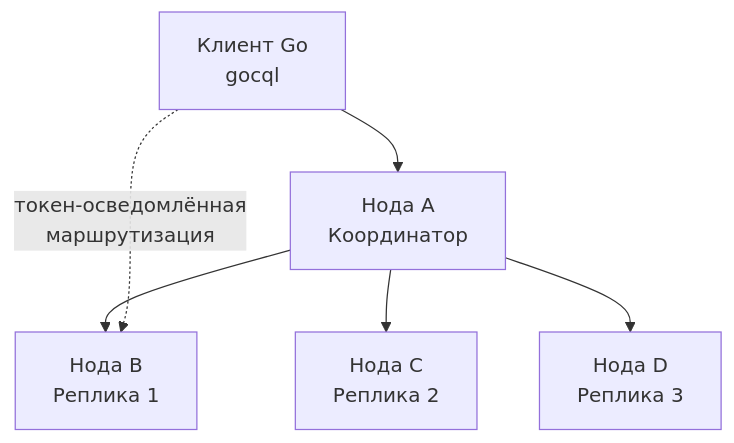
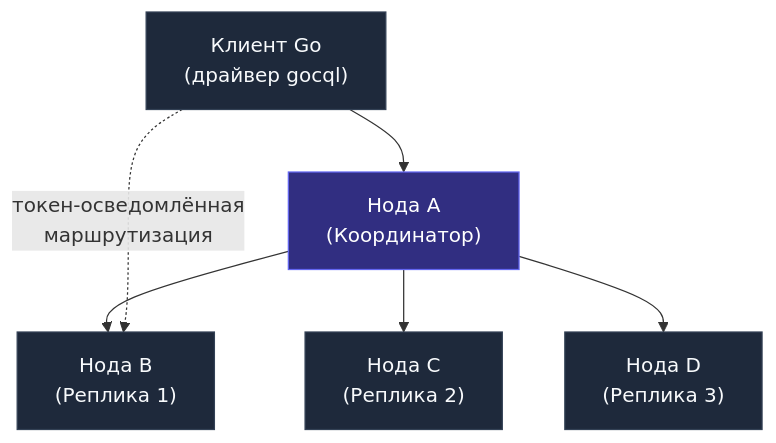
Before and after one commit to UnrealTemplier/go-textbook: the first of 2 diagrams in sources/12. Базы данных/09. NoSQL базы/9. Column базы. Cassandra.md, drawn with Mermaid. The commit also changed other lines of this file, not shown here.

````diff
--- a/sources/12. Базы данных/09. NoSQL базы/9. Column базы. Cassandra.md
+++ b/sources/12. Базы данных/09. NoSQL базы/9. Column базы. Cassandra.md
@@ -37,8 +44,12 @@
 ```mermaid
 flowchart TD
-    Client["Клиент Go<br>gocql"] --> Node1["Нода A<br>Координатор"]
-    Node1 --> Node2["Нода B<br>Реплика 1"]
-    Node1 --> Node3["Нода C<br>Реплика 2"]
-    Node1 --> Node4["Нода D<br>Реплика 3"]
+    Client["Клиент Go<br>(драйвер gocql)"] --> Node1["Нода A<br>(Координатор)"]
+    Node1 --> Node2["Нода B<br>(Реплика 1)"]
+    Node1 --> Node3["Нода C<br>(Реплика 2)"]
+    Node1 --> Node4["Нода D<br>(Реплика 3)"]
     Client -.-> |"токен-осведомлённая<br>маршрутизация"| Node2
+
+    classDef default fill:#1e293b,stroke:#334155,color:#f8fafc;
+    classDef coord fill:#312e81,stroke:#6366f1,color:#ffffff;
+    class Node1 coord;
 ```
````
